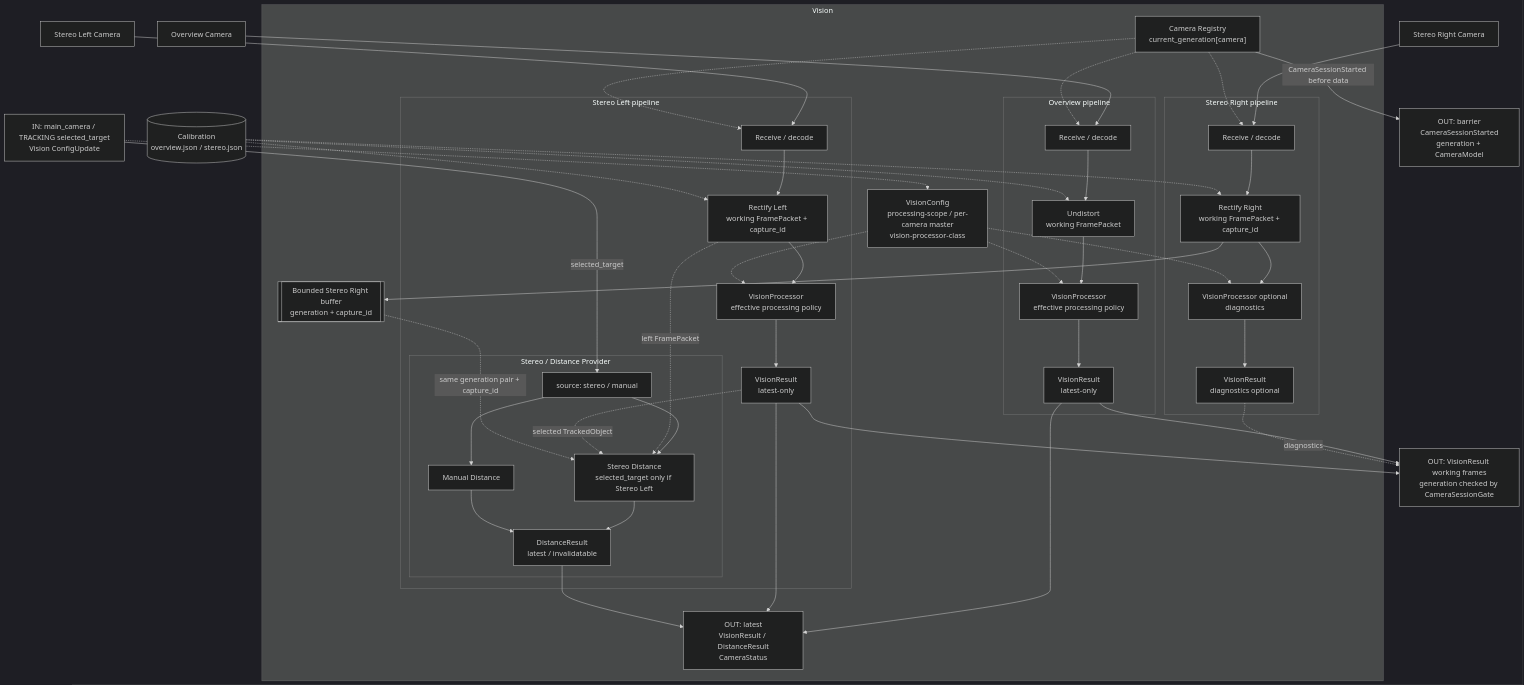
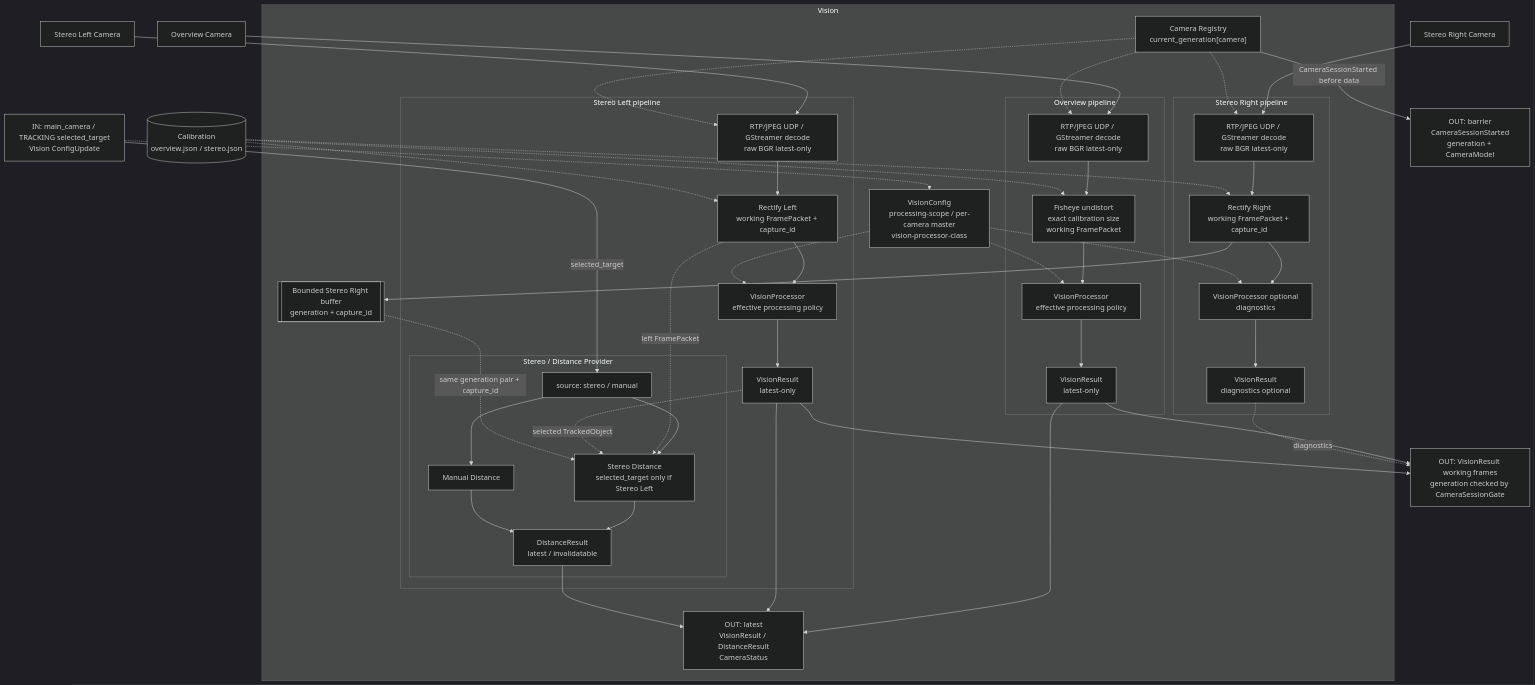
The diagram in docs/dev/diagrams/vision-diagram.mmd (BelkaT4/navmin), drawn with Mermaid (dark theme) before and after one commit. The commit also changed 14 other files, not shown here.

Commit message:
feat(vision): integrate gstreamer camera source

```diff
--- a/docs/dev/diagrams/vision-diagram.mmd
+++ b/docs/dev/diagrams/vision-diagram.mmd
@@ -1,80 +1,80 @@
 flowchart TB
   overview_camera["Overview Camera"]
   left_camera["Stereo Left Camera"]
   right_camera["Stereo Right Camera"]
   calibration[("Calibration<br>overview.json / stereo.json")]
   flag_core_in["IN: main_camera / TRACKING selected_target<br>Vision ConfigUpdate"]
   flag_session_out["OUT: barrier<br>CameraSessionStarted<br>generation + CameraModel"]
   flag_ui_out["OUT: VisionResult working frames<br>generation checked by CameraSessionGate"]
   subgraph vision ["Vision"]
     registry["Camera Registry<br>current_generation[camera]"]
     vision_config["VisionConfig<br>processing-scope / per-camera master<br>vision-processor-class"]
     right_buffer[["Bounded Stereo Right buffer<br>generation + capture_id"]]
     flag_data_out["OUT: latest<br>VisionResult / DistanceResult<br>CameraStatus"]
     subgraph overview_thread ["Overview pipeline"]
-      overview_source["Receive / decode"]
-      overview_geom["Undistort<br>working FramePacket"]
+      overview_source["RTP/JPEG UDP / GStreamer decode<br>raw BGR latest-only"]
+      overview_geom["Fisheye undistort<br>exact calibration size<br>working FramePacket"]
       overview_processor["VisionProcessor<br>effective processing policy"]
       overview_result["VisionResult<br>latest-only"]
     end
     subgraph left_thread ["Stereo Left pipeline"]
-      left_source["Receive / decode"]
+      left_source["RTP/JPEG UDP / GStreamer decode<br>raw BGR latest-only"]
       left_geom["Rectify Left<br>working FramePacket + capture_id"]
       left_processor["VisionProcessor<br>effective processing policy"]
       left_result["VisionResult<br>latest-only"]
       subgraph distance_provider ["Stereo / Distance Provider"]
         distance_switch["source: stereo / manual"]
         stereo_distance["Stereo Distance<br>selected_target only if Stereo Left"]
         manual_distance["Manual Distance"]
         distance_result["DistanceResult<br>latest / invalidatable"]
       end
     end
     subgraph right_thread ["Stereo Right pipeline"]
-      right_source["Receive / decode"]
+      right_source["RTP/JPEG UDP / GStreamer decode<br>raw BGR latest-only"]
       right_geom["Rectify Right<br>working FramePacket + capture_id"]
       right_processor["VisionProcessor optional<br>diagnostics"]
       right_result["VisionResult<br>diagnostics optional"]
     end
   end
 
   overview_source --> overview_geom
   overview_geom --> overview_processor
   overview_processor --> overview_result
   left_source --> left_geom
   left_geom --> left_processor
   left_processor --> left_result
   distance_switch --> stereo_distance
   distance_switch --> manual_distance
   stereo_distance --> distance_result
   manual_distance --> distance_result
   left_geom -.->|"left FramePacket"| stereo_distance
   left_result -.->|"selected TrackedObject"| stereo_distance
   right_source --> right_geom
   right_geom --> right_processor
   right_processor --> right_result
   right_geom --> right_buffer
   right_buffer -.->|"same generation pair + capture_id"| stereo_distance
   overview_camera --> overview_source
   left_camera --> left_source
   right_camera --> right_source
   calibration -.-> overview_geom
   calibration -.-> left_geom
   calibration -.-> right_geom
   registry -.-> overview_source
   registry -.-> left_source
   registry -.-> right_source
   registry -->|"CameraSessionStarted before data"| flag_session_out
   flag_core_in -.-> vision_config
   flag_core_in -->|"selected_target"| distance_switch
   vision_config -.-> overview_processor
   vision_config -.-> left_processor
   vision_config -.-> right_processor
   overview_result --> flag_data_out
   left_result --> flag_data_out
   distance_result --> flag_data_out
   overview_result --> flag_ui_out
   left_result --> flag_ui_out
   right_result -.->|"diagnostics"| flag_ui_out
 %% graph:positions {"vision":{"x":-2280,"y":-504,"w":1652,"h":2050},"overview_thread":{"x":96,"y":276,"w":320,"h":628},"left_thread":{"x":666,"y":276,"w":512,"h":1430},"distance_provider":{"x":48,"y":972,"w":428,"h":410},"right_thread":{"x":1240,"y":276,"w":284,"h":796},"overview_camera":{"x":-2112,"y":-606},"left_camera":{"x":-1466,"y":-606},"right_camera":{"x":-976,"y":-606},"calibration":{"x":-2540,"y":-338},"flag_core_in":{"x":-1426,"y":1584,"w":160,"h":78},"flag_session_out":{"x":-1586,"y":-804,"w":160,"h":78},"flag_ui_out":{"x":-540,"y":468,"w":160,"h":78},"registry":{"x":694,"y":46},"vision_config":{"x":246,"y":1894,"w":420,"h":110},"right_buffer":{"x":1464,"y":1170,"w":160,"h":78},"flag_data_out":{"x":156,"y":1114,"w":172,"h":90},"overview_source":{"x":72,"y":60},"overview_geom":{"x":72,"y":156},"overview_processor":{"x":72,"y":348},"overview_result":{"x":72,"y":528},"left_source":{"x":148,"y":70},"left_geom":{"x":148,"y":168},"left_processor":{"x":148,"y":348},"left_result":{"x":148,"y":528},"distance_switch":{"x":140,"y":326},"stereo_distance":{"x":234,"y":182},"manual_distance":{"x":30,"y":182},"distance_result":{"x":126,"y":50},"right_source":{"x":62,"y":60},"right_geom":{"x":62,"y":168},"right_processor":{"x":62,"y":348},"right_result":{"x":64,"y":528}}
 %% graph:waypoints {"left_geom>stereo_distance":[[-1386,53]],"right_geom>right_buffer":[[-889,58]],"calibration>overview_geom":[[-2201,-311]],"calibration>left_geom":[[-1633,-302]],"calibration>right_geom":[[-1085,-320]],"registry>overview_source":[[-1927,-431]],"registry>left_source":[[-1506,-382]],"registry>right_source":[[-1064,-431]],"vision_config>overview_processor":[[-1827,1390],[-1824,192]],"vision_config>left_processor":[[-1404,210],[-1386,183]],"vision_config>right_processor":[[-1827,222],[-913,142]],"left_result>flag_data_out":[[-1637,387]],"distance_result>flag_data_out":[[-1634,809]],"overview_result>flag_ui_out":[[-1928,336]],"left_result>flag_ui_out":[[-1168,516]]}
 %% graph:edges {"left_geom>stereo_distance":{"label":[68,509]},"left_result>stereo_distance":{"label":[-143,-81]},"right_buffer>stereo_distance":{"label":[-4,-25]},"registry>flag_session_out":{"label":[1,-90]},"flag_core_in>distance_switch":{"label":[0,-110]},"overview_result>flag_data_out":{"label":[25,0]},"left_result>flag_data_out":{"label":[25,0]},"distance_result>flag_data_out":{"label":[25,0]},"overview_result>flag_ui_out":{"label":[25,-25]},"left_result>flag_ui_out":{"label":[25,-25]},"right_result>flag_ui_out":{"label":[-3,-75]}}
```
